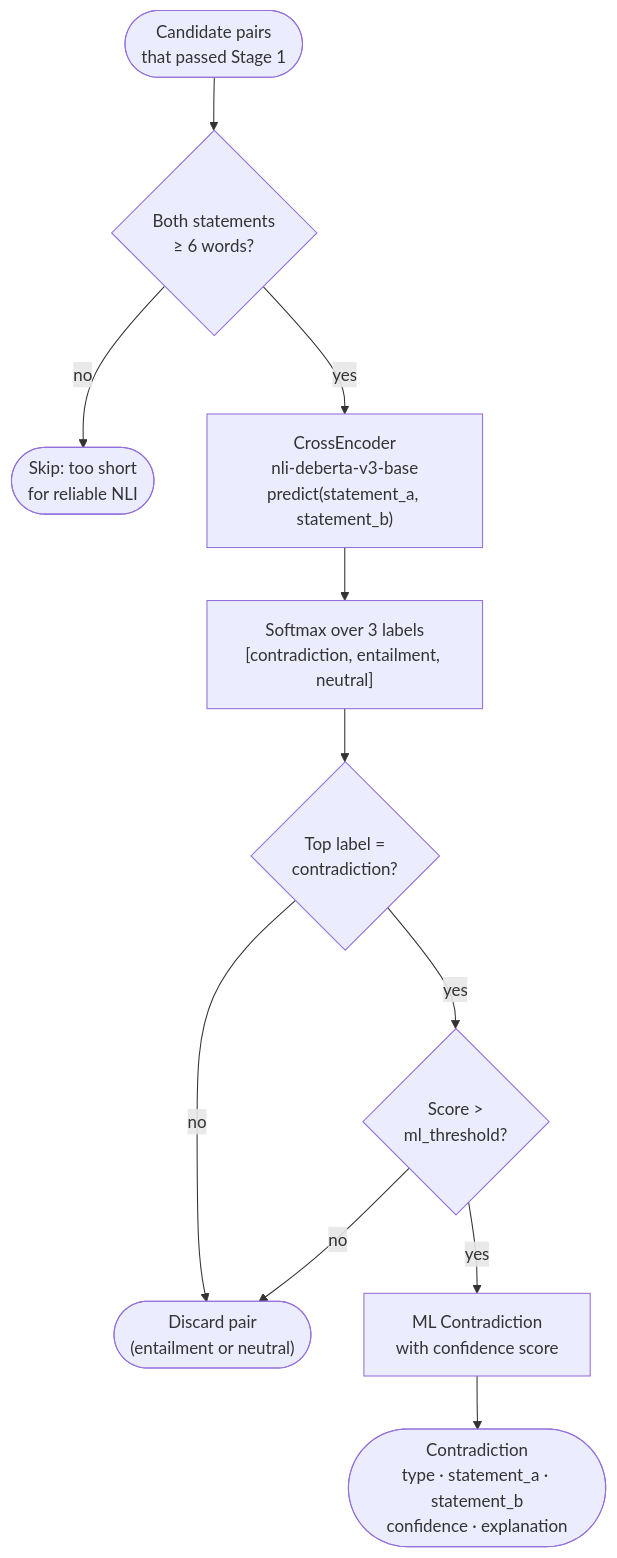
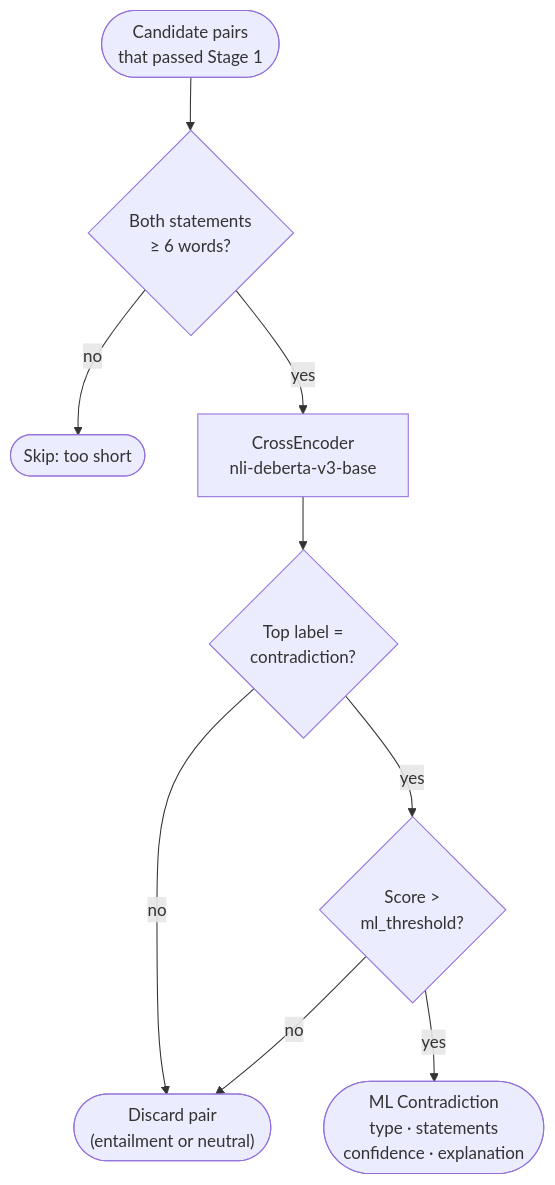
Before and after one commit to asa-holland/csuf-clarus: the ninth of 13 diagrams in analysis.md, drawn with Mermaid. The commit also changed other lines of this file, not shown here.

Commit message:
diagrams

````diff
--- a/analysis.md
+++ b/analysis.md
@@ -203,28 +218,26 @@
 ```mermaid
 flowchart TD
     IN(["Candidate pairs\nthat passed Stage 1"])
 
     LEN{"Both statements\n≥ 6 words?"}
-    SKIP(["Skip: too short\nfor reliable NLI"])
+    SKIP(["Skip: too short"])
 
-    ENCODE["CrossEncoder\nnli-deberta-v3-base\npredict(statement_a, statement_b)"]
+    ENCODE["CrossEncoder\nnli-deberta-v3-base"]
 
-    SOFTMAX["Softmax over 3 labels\n[contradiction, entailment, neutral]"]
 
     LABEL{"Top label =\ncontradiction?"}
 
     SCORE{"Score >\nml_threshold?"}
 
-    FOUND["ML Contradiction\nwith confidence score"]
     DISCARD(["Discard pair\n(entailment or neutral)"])
 
-    OUT(["Contradiction\ntype · statement_a · statement_b\nconfidence · explanation"])
+    OUT(["ML Contradiction\ntype · statements\nconfidence · explanation"])
 
     IN --> LEN
     LEN -->|no| SKIP
-    LEN -->|yes| ENCODE --> SOFTMAX --> LABEL
+    LEN -->|yes| ENCODE --> LABEL
     LABEL -->|no| DISCARD
     LABEL -->|yes| SCORE
     SCORE -->|no| DISCARD
-    SCORE -->|yes| FOUND --> OUT
+    SCORE -->|yes| OUT
 ```
````
